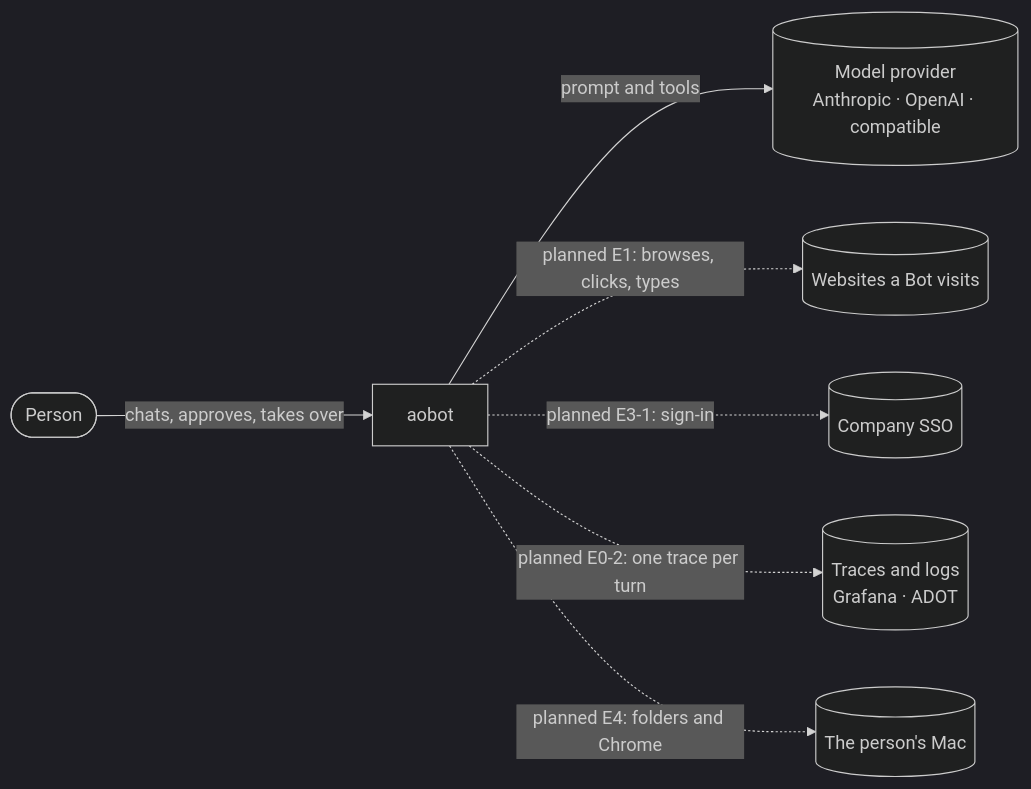
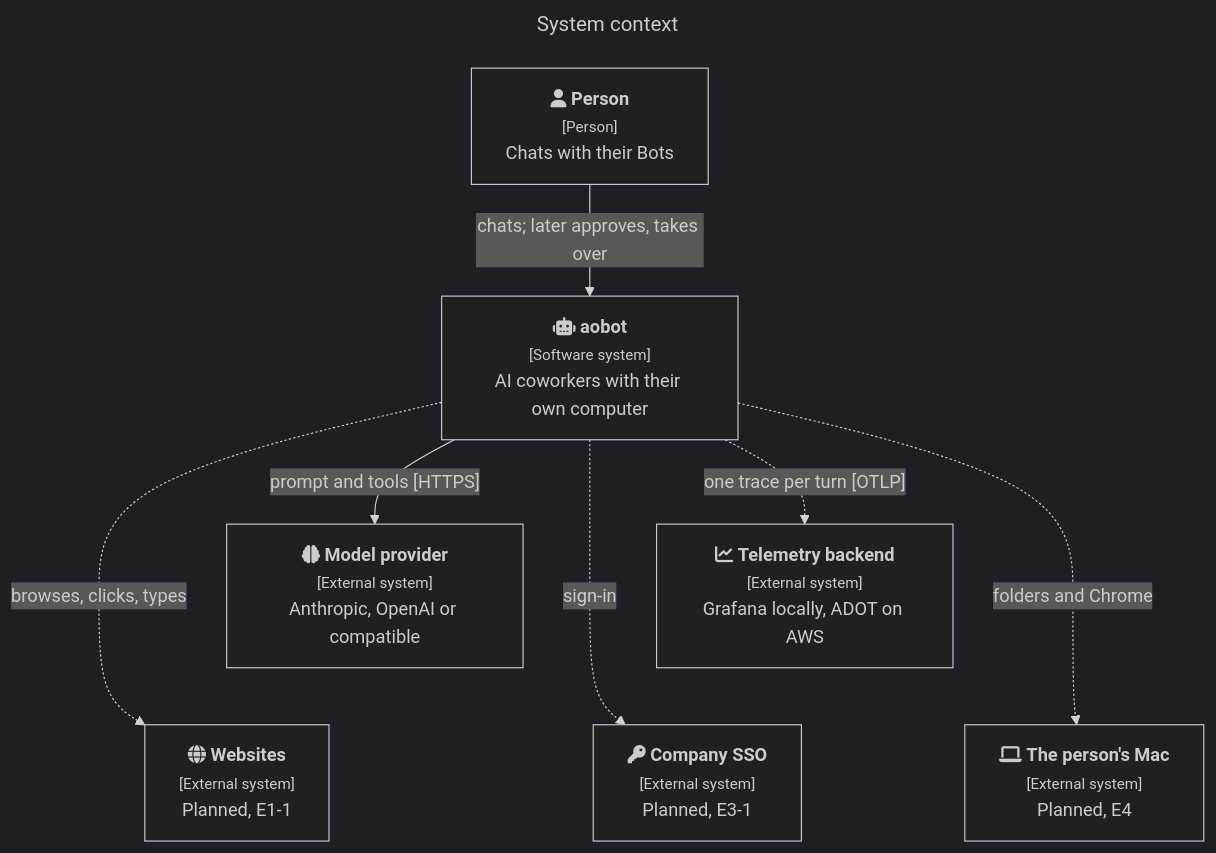
The diagram in docs/arc42/03-context-and-scope.md (alexanderop/aobot), drawn with Mermaid (dark theme) before and after one commit. The commit also changed other lines of this file and 4 other files, not shown here.

First line of the commit message:
Docs site: C4 diagrams as flowcharts with icons and role colours; context view in 03

````diff
--- a/docs/arc42/03-context-and-scope.md
+++ b/docs/arc42/03-context-and-scope.md
@@ -10,17 +12,27 @@
 ```mermaid
-flowchart LR
-  person([Person])
-  aobot[aobot]
-  model[(Model provider<br/>Anthropic · OpenAI · compatible)]
-  web[(Websites a Bot visits)]
-  sso[(Company SSO)]
-  grafana[(Traces and logs<br/>Grafana · ADOT)]
-  mac[(The person's Mac)]
+---
+title: System context
+---
+flowchart TB
+  person["fa:fa-user <b>Person</b><br/><small>[Person]</small><br/>Chats with their Bots"]
+  aobot["fa:fa-robot <b>aobot</b><br/><small>[Software system]</small><br/>AI coworkers with their own computer"]
+  model["fa:fa-brain <b>Model provider</b><br/><small>[External system]</small><br/>Anthropic, OpenAI or compatible"]
+  grafana["fa:fa-chart-line <b>Telemetry backend</b><br/><small>[External system]</small><br/>Grafana locally, ADOT on AWS"]
+  web["fa:fa-globe <b>Websites</b><br/><small>[External system]</small><br/>Planned, E1-1"]
+  sso["fa:fa-key <b>Company SSO</b><br/><small>[External system]</small><br/>Planned, E3-1"]
+  mac["fa:fa-laptop <b>The person's Mac</b><br/><small>[External system]</small><br/>Planned, E4"]
 
-  person -- "chats, approves, takes over" --> aobot
-  aobot -- "prompt and tools" --> model
-  aobot -. "planned E1: browses, clicks, types" .-> web
-  aobot -. "planned E3-1: sign-in" .-> sso
-  aobot -. "planned E0-2: one trace per turn" .-> grafana
-  aobot -. "planned E4: folders and Chrome" .-> mac
+  person -- "chats; later approves, takes over" --> aobot
+  aobot -- "prompt and tools [HTTPS]" --> model
+  aobot -. "one trace per turn [OTLP]" .-> grafana
+  aobot -. "browses, clicks, types" .-> web
+  aobot -. "sign-in" .-> sso
+  aobot -. "folders and Chrome" .-> mac
+  model ~~~ web
+  grafana ~~~ sso
+  grafana ~~~ mac
+
+  class aobot built
+  class person,model,grafana external
+  class web,sso,mac planned-external
 ```
````
